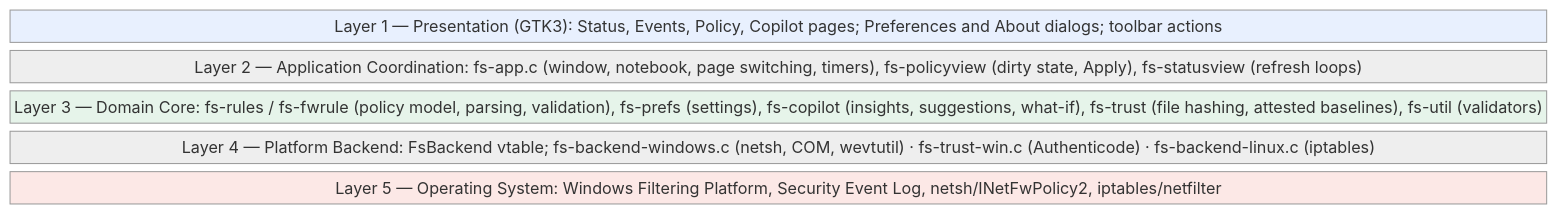
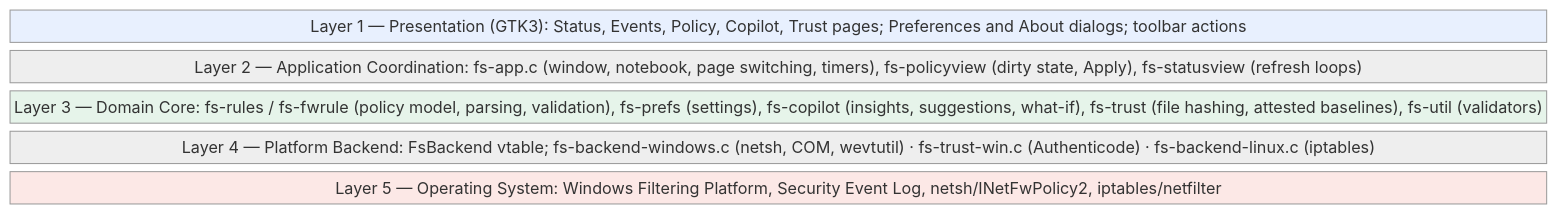
One commit to Cazo-Net/StockFW changed the second of 8 diagrams in docs/ARCHITECTURE-AND-SECURITY.md. Above: the diagram before and after it, drawn with Mermaid (neutral theme). The commit also changed other lines of this file and 11 other files, not shown here.

Commit message:
Trust page: fifth tab over the trust engine - inspect on worker threads, attested baseline list with live status, running-process scan, confirm-gated attest and forget with audit lines

````diff
--- a/docs/ARCHITECTURE-AND-SECURITY.md
+++ b/docs/ARCHITECTURE-AND-SECURITY.md
@@ -142,12 +142,12 @@
 ```mermaid
 block-beta
     columns 1
-    L1["Layer 1 — Presentation (GTK3): Status, Events, Policy, Copilot pages; Preferences and About dialogs; toolbar actions"]
+    L1["Layer 1 — Presentation (GTK3): Status, Events, Policy, Copilot, Trust pages; Preferences and About dialogs; toolbar actions"]
     L2["Layer 2 — Application Coordination: fs-app.c (window, notebook, page switching, timers), fs-policyview (dirty state, Apply), fs-statusview (refresh loops)"]
     L3["Layer 3 — Domain Core: fs-rules / fs-fwrule (policy model, parsing, validation), fs-prefs (settings), fs-copilot (insights, suggestions, what-if), fs-trust (file hashing, attested baselines), fs-util (validators)"]
     L4["Layer 4 — Platform Backend: FsBackend vtable; fs-backend-windows.c (netsh, COM, wevtutil) · fs-trust-win.c (Authenticode) · fs-backend-linux.c (iptables)"]
     L5["Layer 5 — Operating System: Windows Filtering Platform, Security Event Log, netsh/INetFwPolicy2, iptables/netfilter"]
     style L1 fill:#e8f0fe
     style L3 fill:#e6f4ea
     style L5 fill:#fce8e6
 ```
````
